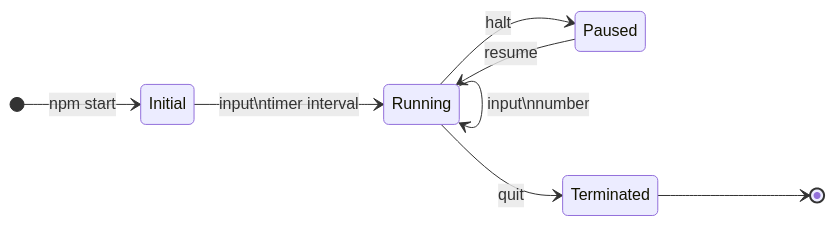
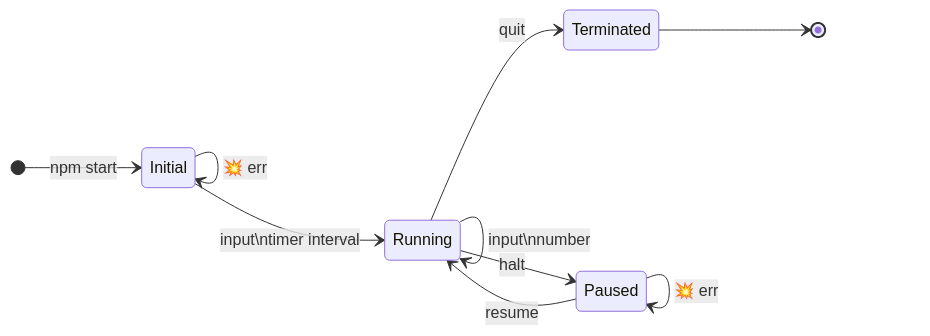
Before and after one commit to julzelements/ftr-julian-scharf: the diagram in demo/state.md, drawn with Mermaid. The commit also changed 3 other files, not shown here.

````diff
--- a/demo/state.md
+++ b/demo/state.md
@@ -1,11 +1,14 @@
 ```mermaid
 stateDiagram-v2
 direction LR
     [*] --> Initial: npm start
     Initial --> Running: input\ntimer interval
+    Initial --> Initial: 💥 err
+    Running --> Running: 💥 err
+    Paused --> Paused: 💥 err
     Running --> Running: input\nnumber
     Running --> Paused: halt
     Paused --> Running: resume
     Running --> Terminated: quit
     Terminated --> [*]
 ```
````
